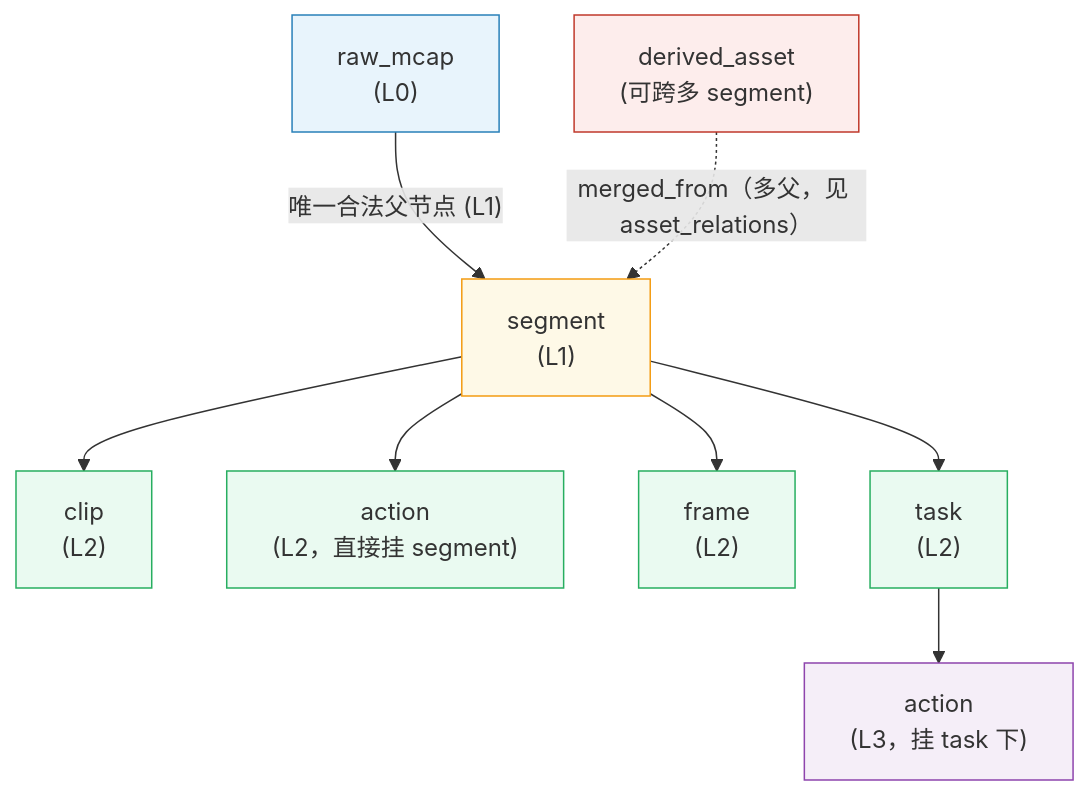
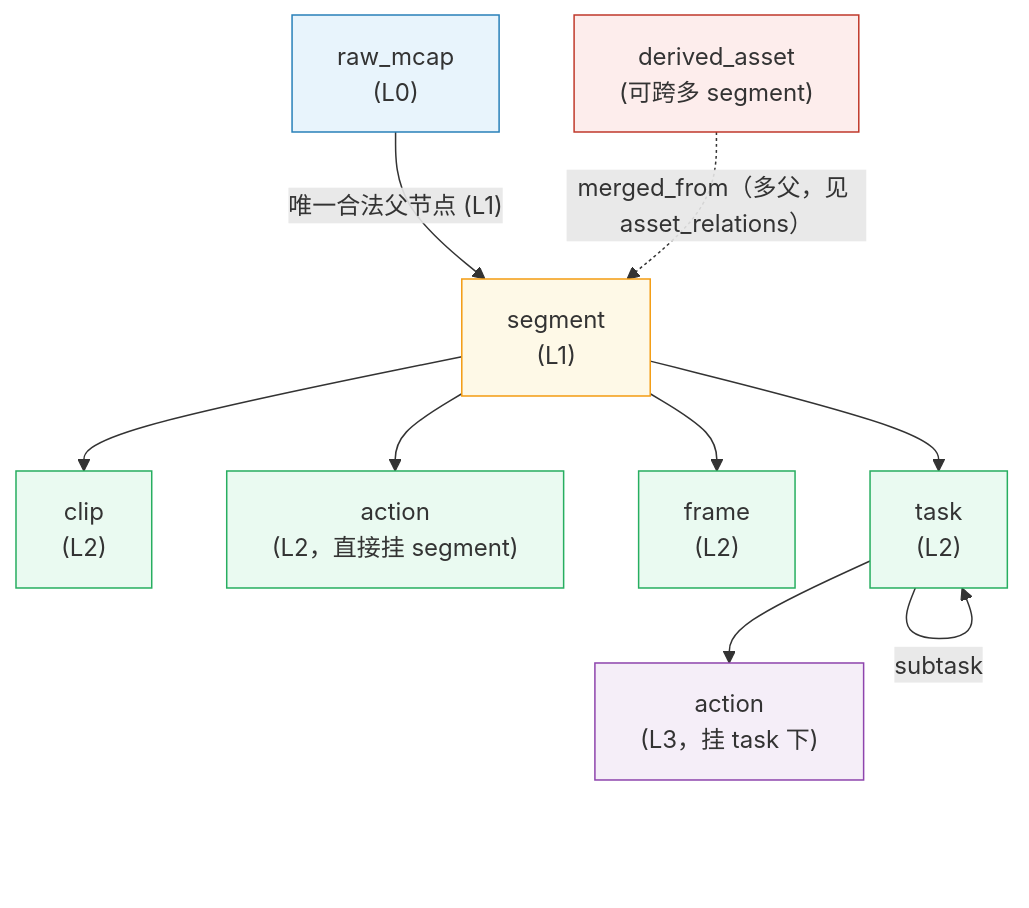
One commit to rouse2617/Databricks4robot changed the first of 2 diagrams in docs/review/unified-asset-catalog/design/asset-hierarchy-and-derivatives.md. Above: the diagram before and after it, drawn with Mermaid. The commit also changed other lines of this file and 1 other file, not shown here.

First line of the commit message:
docs: correct task hierarchy — allow task-to-task nesting in unified-asset-catalog

````diff
--- a/docs/review/unified-asset-catalog/design/asset-hierarchy-and-derivatives.md
+++ b/docs/review/unified-asset-catalog/design/asset-hierarchy-and-derivatives.md
@@ -53,31 +53,32 @@
 ```mermaid
 flowchart TB
   raw_mcap["raw_mcap<br/>(L0)"]
   segment["segment<br/>(L1)"]
   clip["clip<br/>(L2)"]
   action_l2["action<br/>(L2，直接挂 segment)"]
   frame["frame<br/>(L2)"]
   task["task<br/>(L2)"]
   action_l3["action<br/>(L3，挂 task 下)"]
   derived["derived_asset<br/>(可跨多 segment)"]
 
   raw_mcap -->|"唯一合法父节点 (L1)"| segment
   segment --> clip
   segment --> action_l2
   segment --> frame
   segment --> task
+  task -->|subtask| task
   task --> action_l3
   derived -.->|"merged_from（多父，见 asset_relations）"| segment
 
   classDef l0 fill:#e8f4fc,stroke:#2980b9
   classDef l1 fill:#fef9e7,stroke:#f39c12
   classDef l2 fill:#eafaf1,stroke:#27ae60
   classDef l3 fill:#f5eef8,stroke:#8e44ad
   classDef derived fill:#fdedec,stroke:#c0392b
 
   class raw_mcap l0
   class segment l1
   class clip,action_l2,frame,task l2
   class action_l3 l3
   class derived derived
 ```
````
